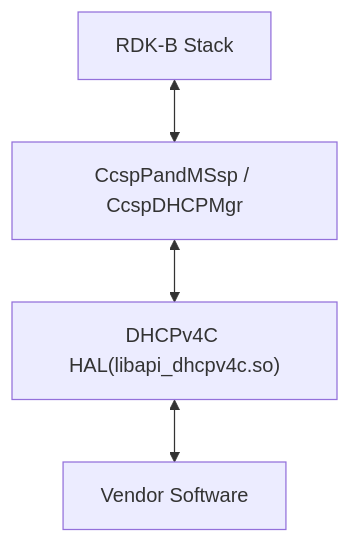
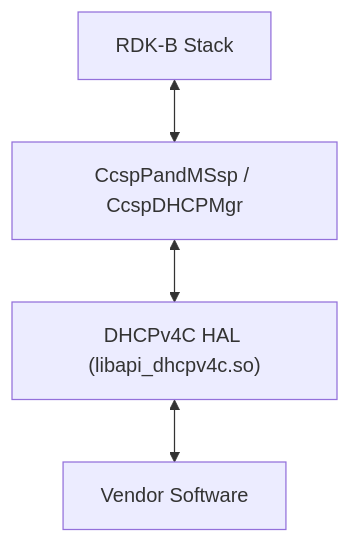
The first of 2 diagrams in docs/pages/halSpec.md (Blitzy-Sky/rdkb-halif-dhcp), drawn with Mermaid before and after one commit.

Commit message:
docs: separate the library name from "HAL" in the architecture diagram label
The DHCPv4C HAL node in the architecture flowchart ran the component name and
its library together as "DHCPv4C HAL(libapi_dhcpv4c.so)"; space them so the
rendered label reads as a name followed by its delivered library.

````diff
--- a/docs/pages/halSpec.md
+++ b/docs/pages/halSpec.md
@@ -49,7 +49,7 @@
 ```mermaid
 flowchart TD;
     RDKBStack[RDK-B Stack] <-->
     OwningServices["CcspPandMSsp / CcspDHCPMgr"] <-->
-    DHCPv4CHAL["DHCPv4C HAL(libapi_dhcpv4c.so)"] <-->
+    DHCPv4CHAL["DHCPv4C HAL (libapi_dhcpv4c.so)"] <-->
     VendorSoftware[Vendor Software]
 ```
````
